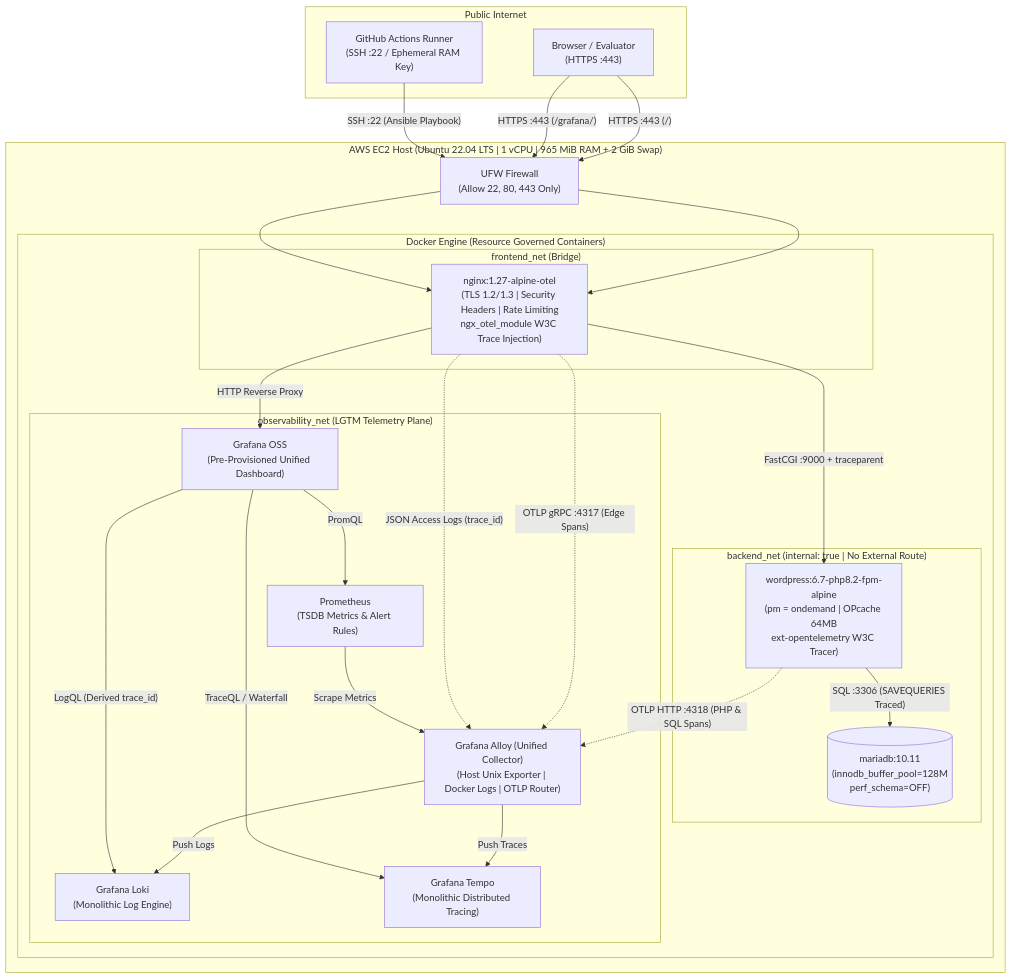
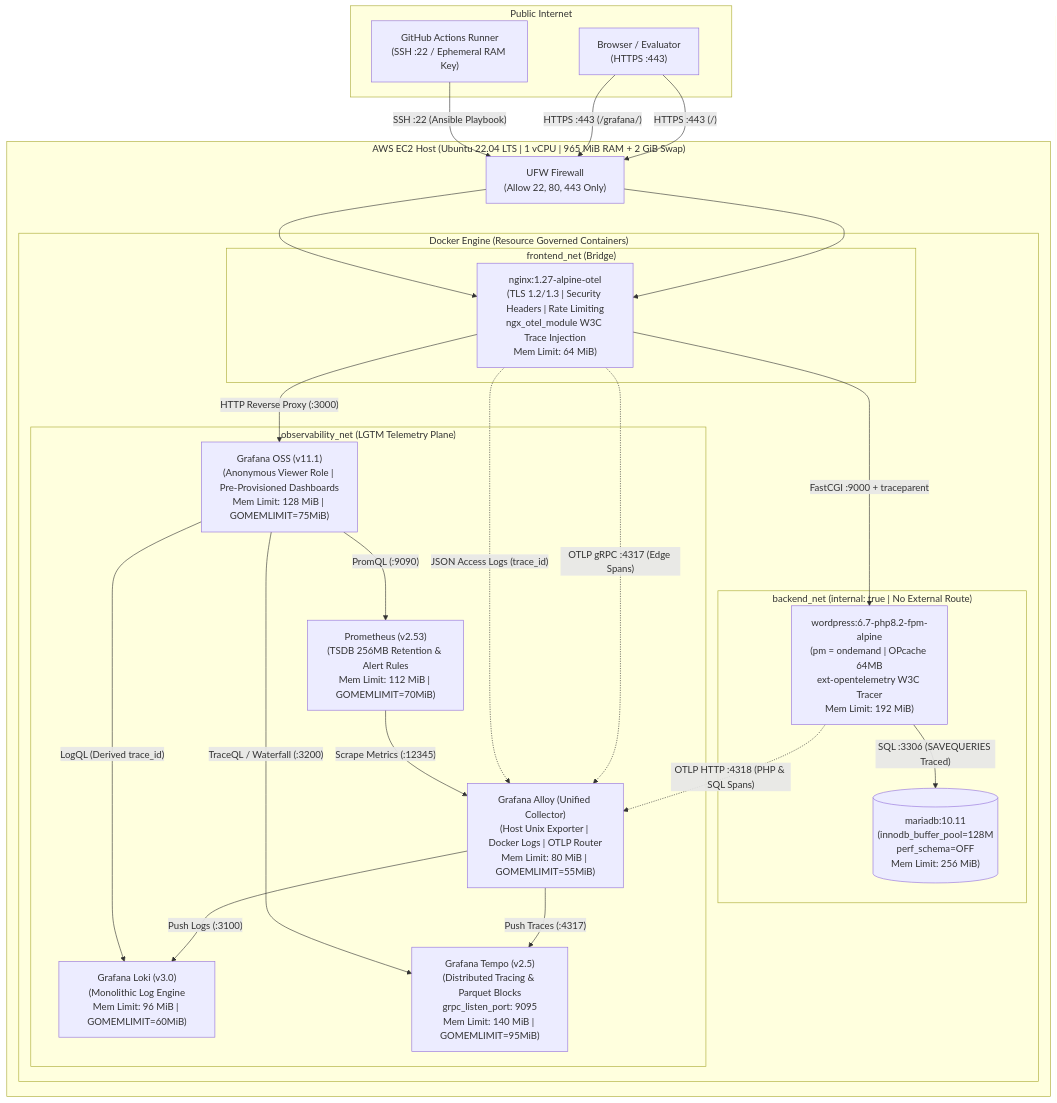
Before and after one commit to MoiKeyboard/wordpress-lgtm-platform: the diagram in docs/ARCHITECTURE.md, drawn with Mermaid. The commit also changed other lines of this file and 4 other files, not shown here.

Commit message:
docs: refactor architecture diagram, layered breakdown, and zero-to-hero deployment guide (#5)

````diff
--- a/docs/ARCHITECTURE.md
+++ b/docs/ARCHITECTURE.md
@@ -13,50 +15,50 @@
 ```mermaid
 flowchart TB
     subgraph Public["Public Internet"]
         Client["Browser / Evaluator\n(HTTPS :443)"]
         GH["GitHub Actions Runner\n(SSH :22 / Ephemeral RAM Key)"]
     end
 
     subgraph Host["AWS EC2 Host (Ubuntu 22.04 LTS | 1 vCPU | 965 MiB RAM + 2 GiB Swap)"]
         UFW["UFW Firewall\n(Allow 22, 80, 443 Only)"]
 
         subgraph Docker["Docker Engine (Resource Governed Containers)"]
 
             subgraph DMZ["frontend_net (Bridge)"]
-                Nginx["nginx:1.27-alpine-otel\n(TLS 1.2/1.3 | Security Headers | Rate Limiting\nngx_otel_module W3C Trace Injection)"]
+                Nginx["nginx:1.27-alpine-otel\n(TLS 1.2/1.3 | Security Headers | Rate Limiting\nngx_otel_module W3C Trace Injection\nMem Limit: 64 MiB)"]
             end
 
             subgraph Backend["backend_net (internal: true | No External Route)"]
-                WP["wordpress:6.7-php8.2-fpm-alpine\n(pm = ondemand | OPcache 64MB\next-opentelemetry W3C Tracer)"]
-                DB[("mariadb:10.11\n(innodb_buffer_pool=128M\nperf_schema=OFF)")]
+                WP["wordpress:6.7-php8.2-fpm-alpine\n(pm = ondemand | OPcache 64MB\next-opentelemetry W3C Tracer\nMem Limit: 192 MiB)"]
+                DB[("mariadb:10.11\n(innodb_buffer_pool=128M\nperf_schema=OFF\nMem Limit: 256 MiB)")]
             end
 
             subgraph Observability["observability_net (LGTM Telemetry Plane)"]
-                Alloy["Grafana Alloy (Unified Collector)\n(Host Unix Exporter | Docker Logs | OTLP Router)"]
-                Loki["Grafana Loki\n(Monolithic Log Engine)"]
-                Tempo["Grafana Tempo\n(Monolithic Distributed Tracing)"]
-                Prom["Prometheus\n(TSDB Metrics & Alert Rules)"]
-                Grafana["Grafana OSS\n(Pre-Provisioned Unified Dashboard)"]
+                Alloy["Grafana Alloy (Unified Collector)\n(Host Unix Exporter | Docker Logs | OTLP Router\nMem Limit: 80 MiB | GOMEMLIMIT=55MiB)"]
+                Loki["Grafana Loki (v3.0)\n(Monolithic Log Engine\nMem Limit: 96 MiB | GOMEMLIMIT=60MiB)"]
+                Tempo["Grafana Tempo (v2.5)\n(Distributed Tracing & Parquet Blocks\ngrpc_listen_port: 9095\nMem Limit: 140 MiB | GOMEMLIMIT=95MiB)"]
+                Prom["Prometheus (v2.53)\n(TSDB 256MB Retention & Alert Rules\nMem Limit: 112 MiB | GOMEMLIMIT=70MiB)"]
+                Grafana["Grafana OSS (v11.1)\n(Anonymous Viewer Role | Pre-Provisioned Dashboards\nMem Limit: 128 MiB | GOMEMLIMIT=75MiB)"]
             end
         end
     end
 
     Client -->|"HTTPS :443 (/)"| UFW --> Nginx
     Client -->|"HTTPS :443 (/grafana/)"| UFW --> Nginx
     GH -->|"SSH :22 (Ansible Playbook)"| UFW
 
     Nginx -->|"FastCGI :9000 + traceparent"| WP
-    Nginx -->|"HTTP Reverse Proxy"| Grafana
+    Nginx -->|"HTTP Reverse Proxy (:3000)"| Grafana
     WP -->|"SQL :3306 (SAVEQUERIES Traced)"| DB
 
     Nginx -.->|"OTLP gRPC :4317 (Edge Spans)"| Alloy
     Nginx -.->|"JSON Access Logs (trace_id)"| Alloy
     WP -.->|"OTLP HTTP :4318 (PHP & SQL Spans)"| Alloy
 
-    Alloy -->|"Push Logs"| Loki
-    Alloy -->|"Push Traces"| Tempo
-    Prom -->|"Scrape Metrics"| Alloy
+    Alloy -->|"Push Logs (:3100)"| Loki
+    Alloy -->|"Push Traces (:4317)"| Tempo
+    Prom -->|"Scrape Metrics (:12345)"| Alloy
     Grafana -->|"LogQL (Derived trace_id)"| Loki
-    Grafana -->|"TraceQL / Waterfall"| Tempo
-    Grafana -->|"PromQL"| Prom
+    Grafana -->|"TraceQL / Waterfall (:3200)"| Tempo
+    Grafana -->|"PromQL (:9090)"| Prom
 ```
````
